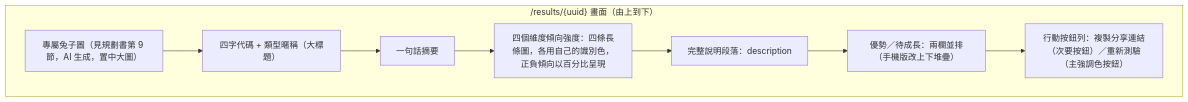
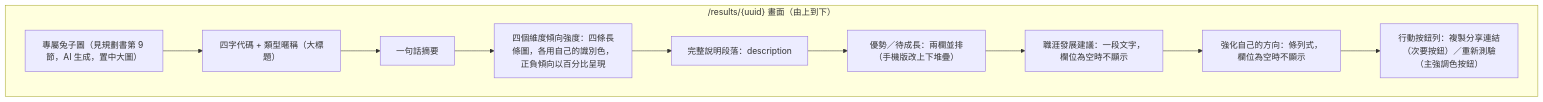
The third of 3 diagrams in docs/screen-design-spec.md (flamerecca/GatherConf2026), drawn with Mermaid before and after one commit. The commit also changed 3 other files, not shown here.

````diff
--- a/docs/screen-design-spec.md
+++ b/docs/screen-design-spec.md
@@ -92,13 +92,15 @@
 ```mermaid
 flowchart TD
     subgraph Screen["/results/{uuid} 畫面（由上到下）"]
         A["專屬兔子圖（見規劃書第 9 節，AI 生成，置中大圖）"]
         B["四字代碼 + 類型暱稱（大標題）"]
         C["一句話摘要"]
         D["四個維度傾向強度：四條長條圖，各用自己的識別色，正負傾向以百分比呈現"]
         E["完整說明段落：description"]
         F["優勢／待成長：兩欄並排（手機版改上下堆疊）"]
+        F2["職涯發展建議：一段文字，欄位為空時不顯示"]
+        F3["強化自己的方向：條列式，欄位為空時不顯示"]
         G["行動按鈕列：複製分享連結（次要按鈕）／重新測驗（主強調色按鈕）"]
     end
-    A --> B --> C --> D --> E --> F --> G
+    A --> B --> C --> D --> E --> F --> F2 --> F3 --> G
 ```
````
